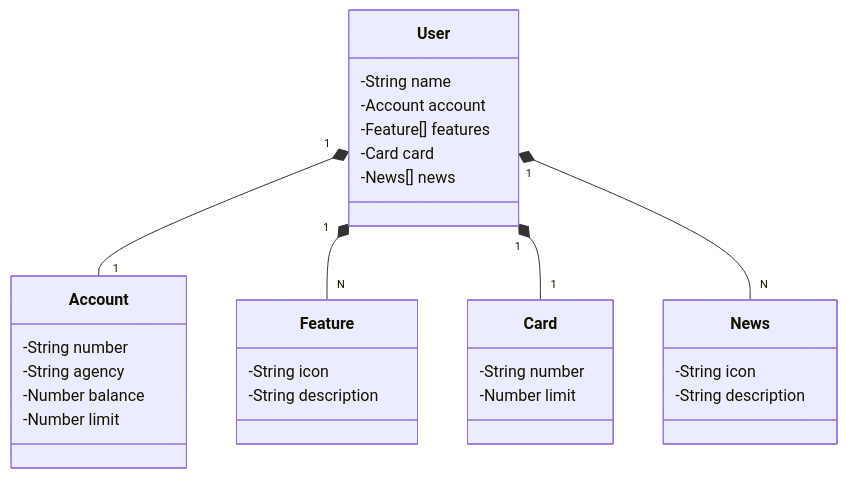
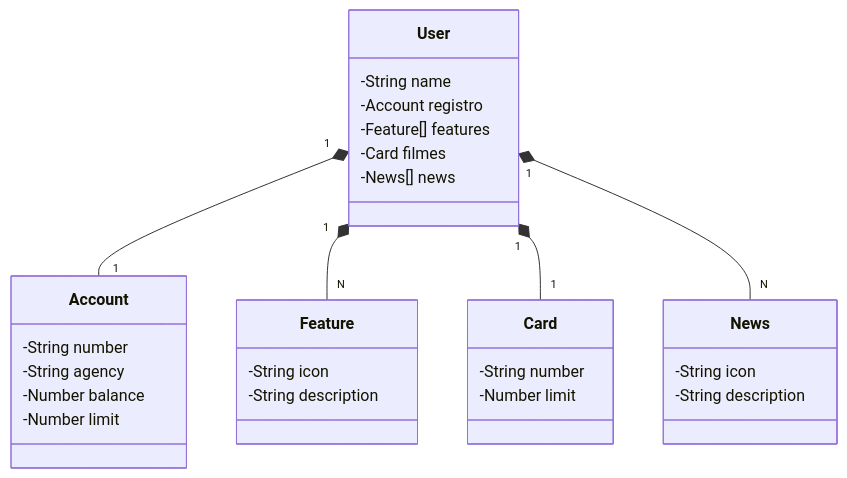
Before and after one commit to MarcioTanan/DIO: the diagram in Desafio Santander/README.md, drawn with Mermaid. The commit also changed 7 other files, not shown here.

````diff
--- a/Desafio Santander/README.md
+++ b/Desafio Santander/README.md
@@ -7,37 +7,37 @@
 ```mermaid
 classDiagram
   class User {
     -String name
-    -Account account
+    -Account registro
     -Feature[] features
-    -Card card
+    -Card filmes
     -News[] news
   }
 
   class Account {
     -String number
     -String agency
     -Number balance
     -Number limit
   }
 
   class Feature {
     -String icon
     -String description
   }
 
   class Card {
     -String number
     -Number limit
   }
 
   class News {
     -String icon
     -String description
   }
 
   User "1" *-- "1" Account
   User "1" *-- "N" Feature
   User "1" *-- "1" Card
   User "1" *-- "N" News
 ```
````
